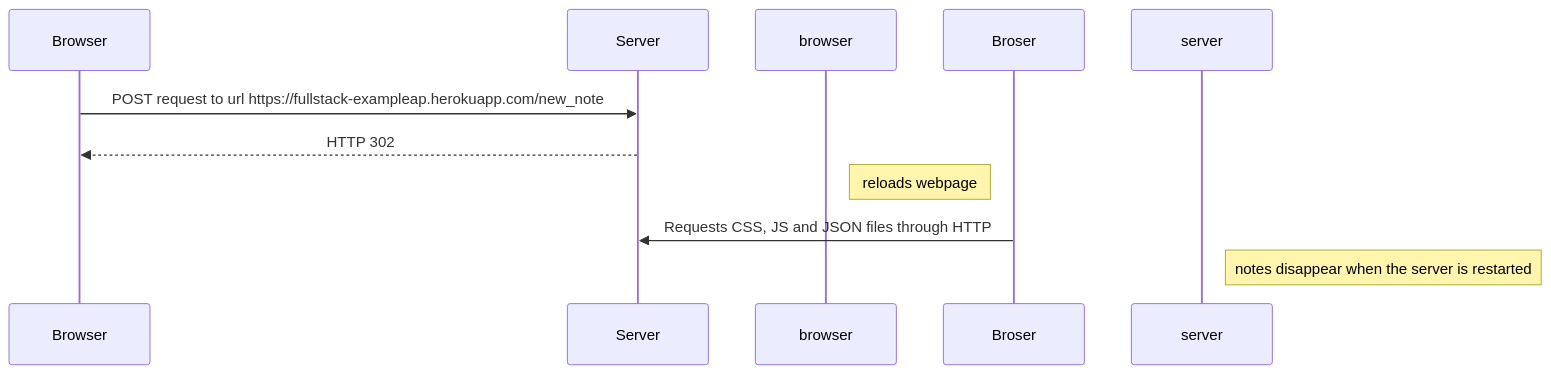
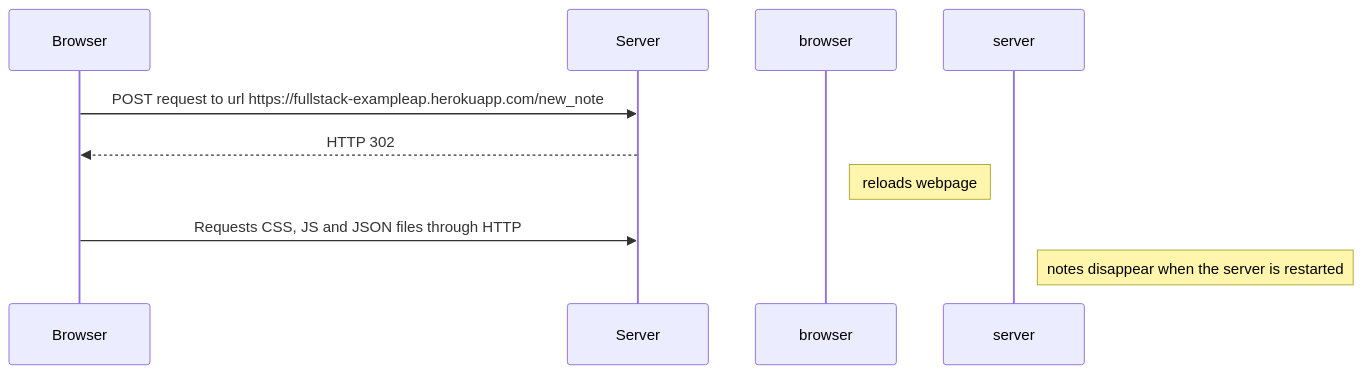
Before and after one commit to angelo-gabriel/fullstackopen-exercises: the diagram in part0/04diagrama.md, drawn with Mermaid.

Commit message:
fix exercise 0.4: diagram

````diff
--- a/part0/04diagrama.md
+++ b/part0/04diagrama.md
@@ -3,9 +3,15 @@
 ```mermaid
     sequenceDiagram
-    Browser->>Server: POST request to url https://fullstack-exampleap.herokuapp.com/new_note
-    Server-->>Browser: HTTP 302
-    Note right of browser: reloads webpage
-    Broser->>Server: Requests CSS, JS and JSON files through HTTP
-    Note right of server: notes disappear when the server is restarted
+        participant Browser
+        participant Server
+
+        Browser->>Server: POST request to url https://fullstack-exampleap.herokuapp.com/new_note
+        Server-->>Browser: HTTP 302
+
+        Note right of browser: reloads webpage
+        
+        Browser->>Server: Requests CSS, JS and JSON files through HTTP
+
+        Note right of server: notes disappear when the server is restarted
 
 ```
````
